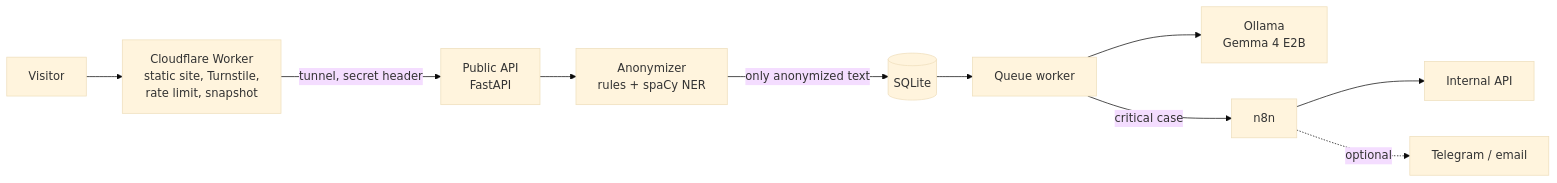
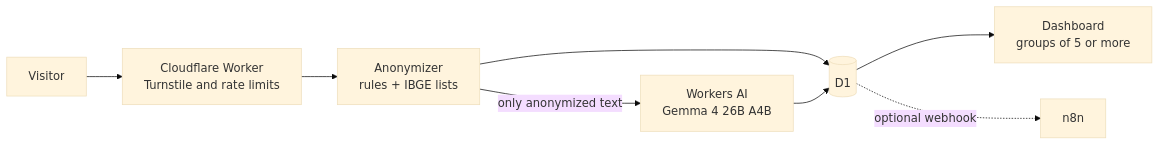
One commit to AndreiLud/voz-sem-nome changed the diagram in README.md. Above: the diagram before and after it, drawn with Mermaid (base theme). The commit also changed other lines of this file and 609 other files, not shown here.

````diff
--- a/README.md
+++ b/README.md
@@ -37,12 +44,10 @@
 ```mermaid
 flowchart LR
-  V[Visitor] --> W[Cloudflare Worker<br/>static site, Turnstile,<br/>rate limit, snapshot]
-  W -->|tunnel, secret header| API[Public API<br/>FastAPI]
-  API --> AN[Anonymizer<br/>rules + spaCy NER]
-  AN -->|only anonymized text| DB[(SQLite)]
-  DB --> Q[Queue worker]
-  Q --> LLM[Ollama<br/>Gemma 4 E2B]
-  Q -->|critical case| N8N[n8n]
-  N8N --> INT[Internal API]
-  N8N -. optional .-> TG[Telegram / email]
+  V[Visitor] --> W[Cloudflare Worker<br/>Turnstile and rate limits]
+  W --> AN[Anonymizer<br/>rules + IBGE lists]
+  AN -->|only anonymized text| AI[Workers AI<br/>Gemma 4 26B A4B]
+  AN --> D1[(D1)]
+  AI --> D1
+  D1 --> DASH[Dashboard<br/>groups of 5 or more]
+  D1 -. optional webhook .-> N8N[n8n]
 ```
````
